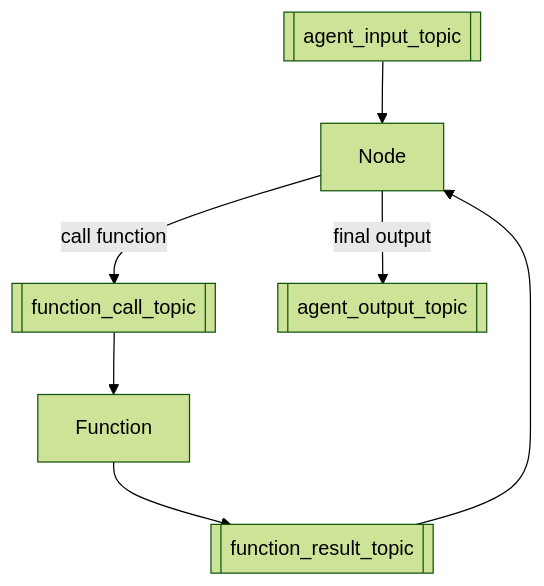
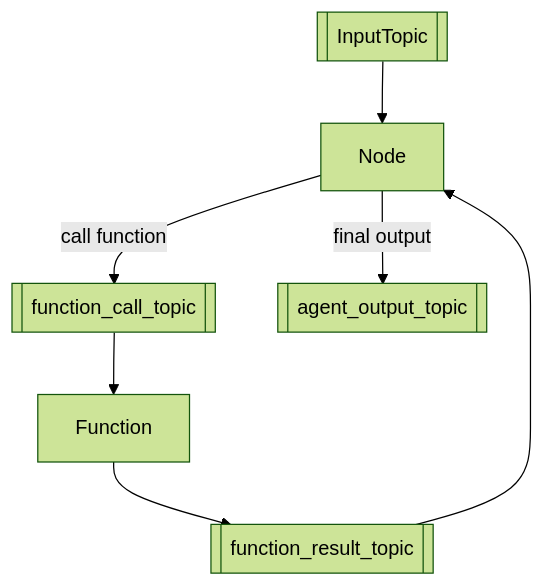
Before and after one commit to binome-dev/graphite: the diagram in README.md, drawn with Mermaid (forest theme). The commit also changed 3 other files, not shown here.

First line of the commit message:
updating docs to use InputTopic / OutputTopic (#65)

````diff
--- a/README.md
+++ b/README.md
@@ -75,9 +75,9 @@
 ```mermaid
 graph TD;
-    Input[[agent_input_topic]]-->Node;
+    Input[[InputTopic]]-->Node;
     Node--"call function"-->FunctionCallTopic[[function_call_topic]];
     FunctionCallTopic-->Function;
     Function-->FunctionResultTopic[[function_result_topic]]
     FunctionResultTopic-->Node;
     Node--"final output"-->Output[[agent_output_topic]];
 ```
````
